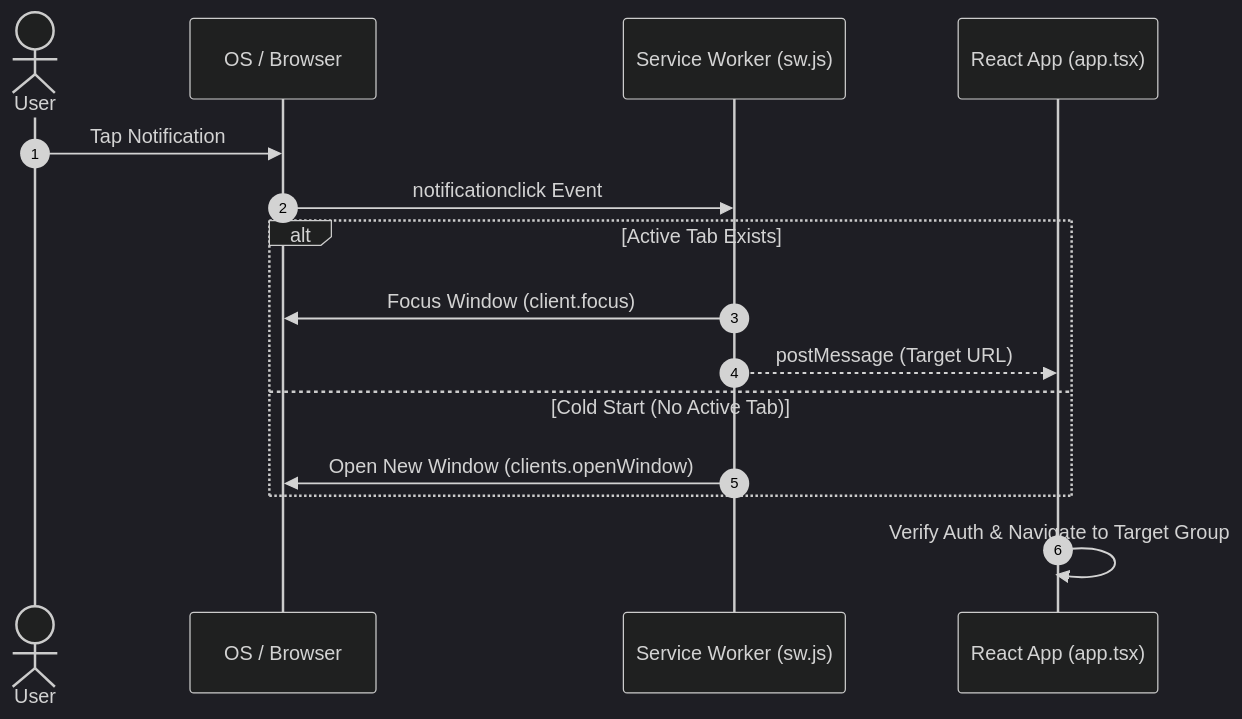
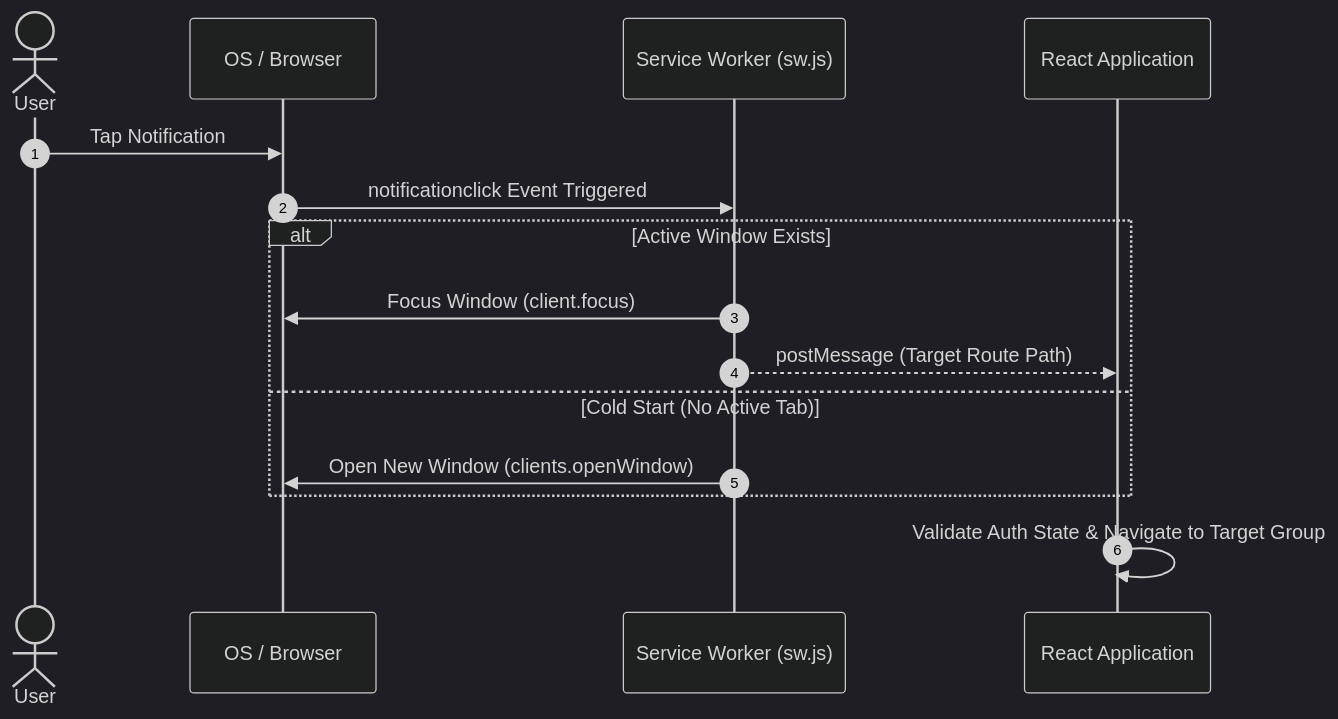
Before and after one commit to ScriptureHabit/scripture-habit: the diagram in docs/feature-notifications.md, drawn with Mermaid (dark theme). The commit also changed other lines of this file and 57 other files, not shown here.

Commit message:
docs: refine documentation prose and add structured diagram breakdowns across JA and EN

````diff
--- a/docs/feature-notifications.md
+++ b/docs/feature-notifications.md
@@ -49,18 +49,18 @@
 ```mermaid
 sequenceDiagram
     autonumber
     actor User as User
     participant OS as OS / Browser
     participant SW as Service Worker (sw.js)
-    participant App as React App (app.tsx)
+    participant App as React Application
 
     User->>OS: Tap Notification
-    OS->>SW: notificationclick Event
-    alt Active Tab Exists
+    OS->>SW: notificationclick Event Triggered
+    alt Active Window Exists
         SW->>OS: Focus Window (client.focus)
-        SW-->>App: postMessage (Target URL)
+        SW-->>App: postMessage (Target Route Path)
     else Cold Start (No Active Tab)
         SW->>OS: Open New Window (clients.openWindow)
     end
-    App->>App: Verify Auth & Navigate to Target Group
+    App->>App: Validate Auth State & Navigate to Target Group
 ```
````
